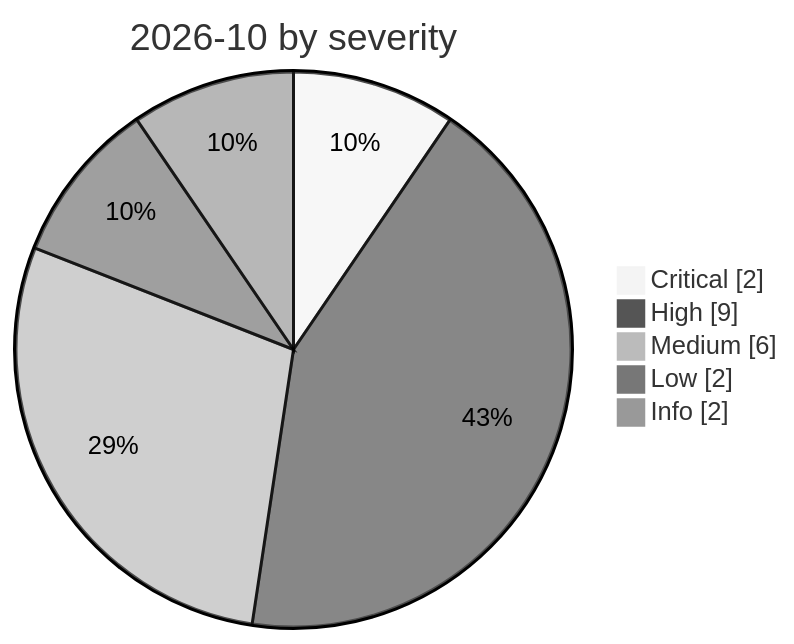
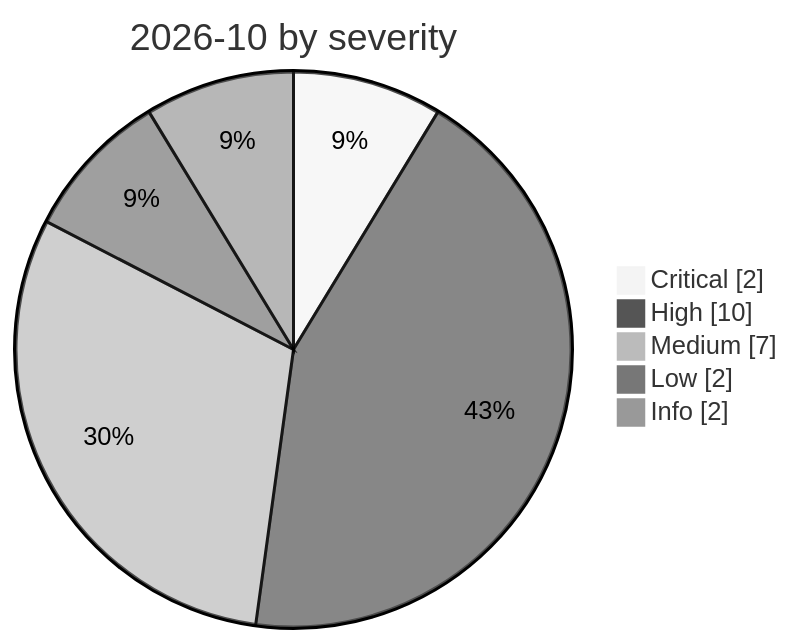
One commit to Continuum-AI-Corp/Orca-AI-Incident-Archive changed the diagram in incidents/2026-10/README.md. Above: the diagram before and after it, drawn with Mermaid (neutral theme). The commit also changed other lines of this file and 31 other files, not shown here.

````diff
--- a/incidents/2026-10/README.md
+++ b/incidents/2026-10/README.md
@@ -8,9 +8,9 @@
 ```mermaid
 pie showData
     title 2026-10 by severity
     "Critical" : 2
-    "High" : 9
-    "Medium" : 6
+    "High" : 10
+    "Medium" : 7
     "Low" : 2
     "Info" : 2
 ```
````
